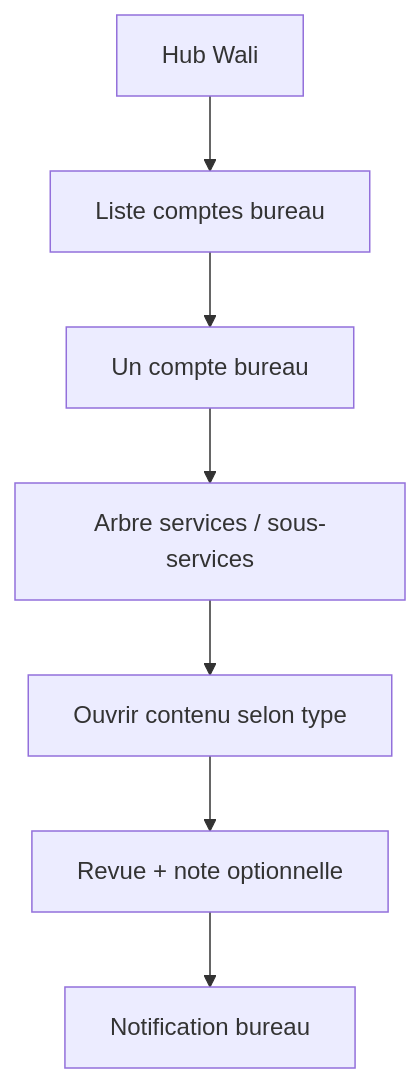
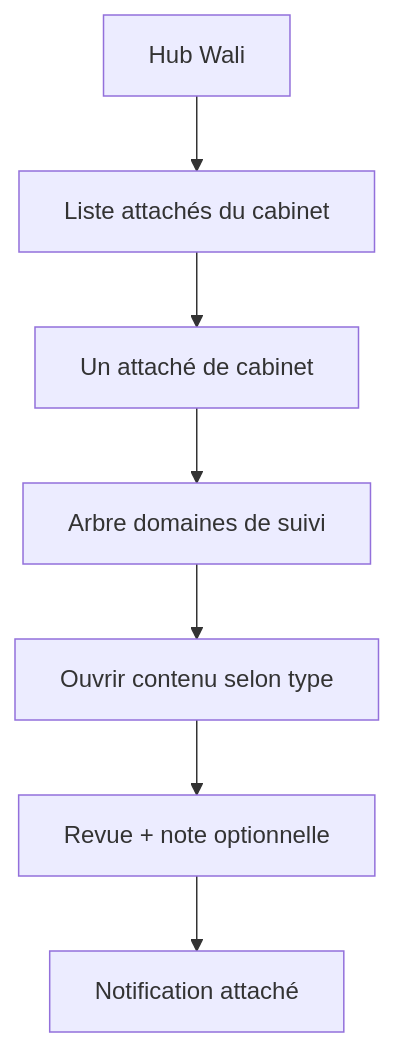
The diagram in spec/modules/RAPPORT_SERVICE_TYPES.md (fodilfliti/app_wali_rapports), drawn with Mermaid before and after one commit. The commit also changed other lines of this file and 33 other files, not shown here.

````diff
--- a/spec/modules/RAPPORT_SERVICE_TYPES.md
+++ b/spec/modules/RAPPORT_SERVICE_TYPES.md
@@ -15,9 +15,9 @@
 ```mermaid
 flowchart TD
-  waliHub[Hub Wali] --> officeList[Liste comptes bureau]
-  officeList --> officeUser[Un compte bureau]
-  officeUser --> serviceTree[Arbre services / sous-services]
+  waliHub[Hub Wali] --> officeList[Liste attachés du cabinet]
+  officeList --> officeUser[Un attaché de cabinet]
+  officeUser --> serviceTree[Arbre domaines de suivi]
   serviceTree --> contentOpen[Ouvrir contenu selon type]
   contentOpen --> review[Revue + note optionnelle]
-  review --> notifyOffice[Notification bureau]
+  review --> notifyOffice[Notification attaché]
 ```
````
